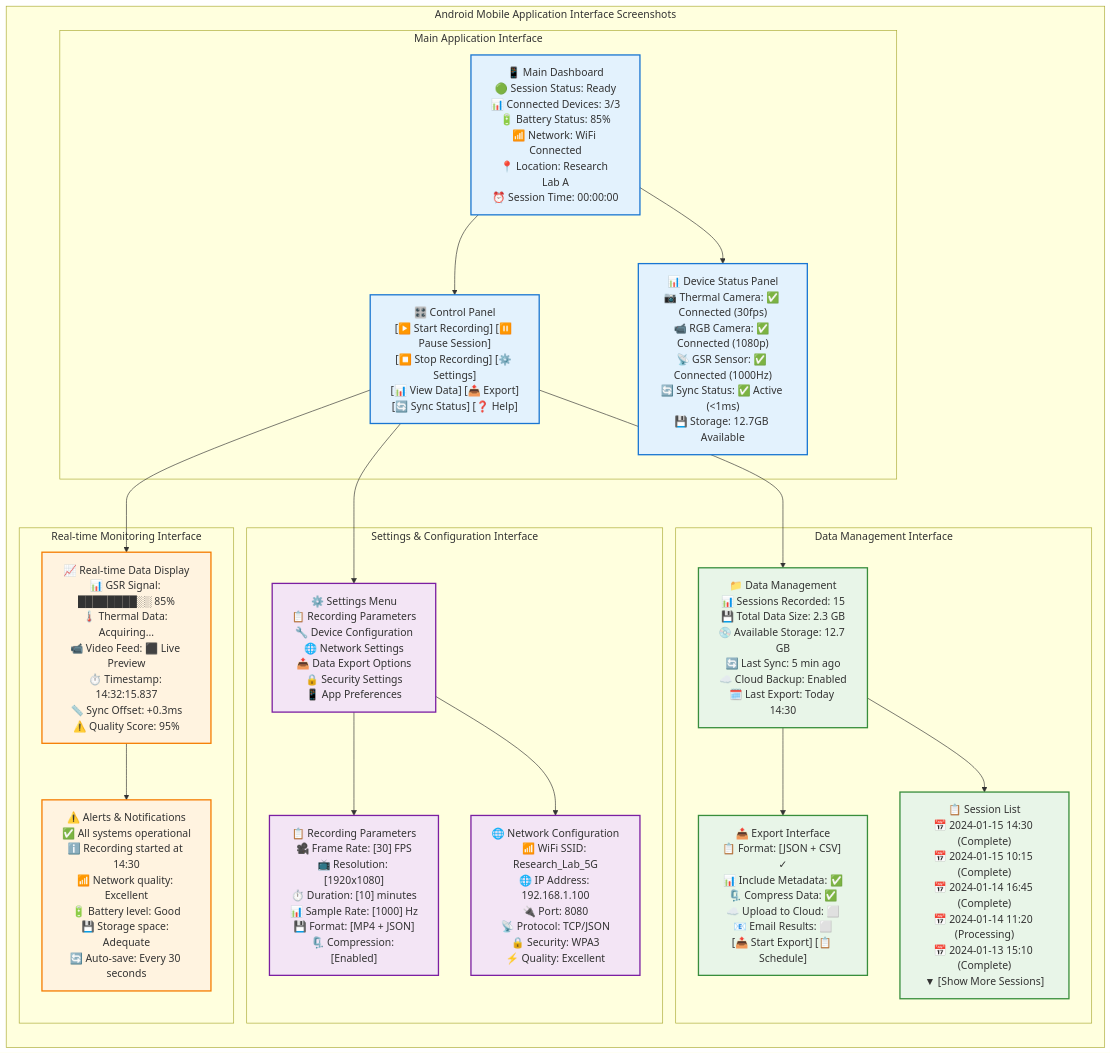
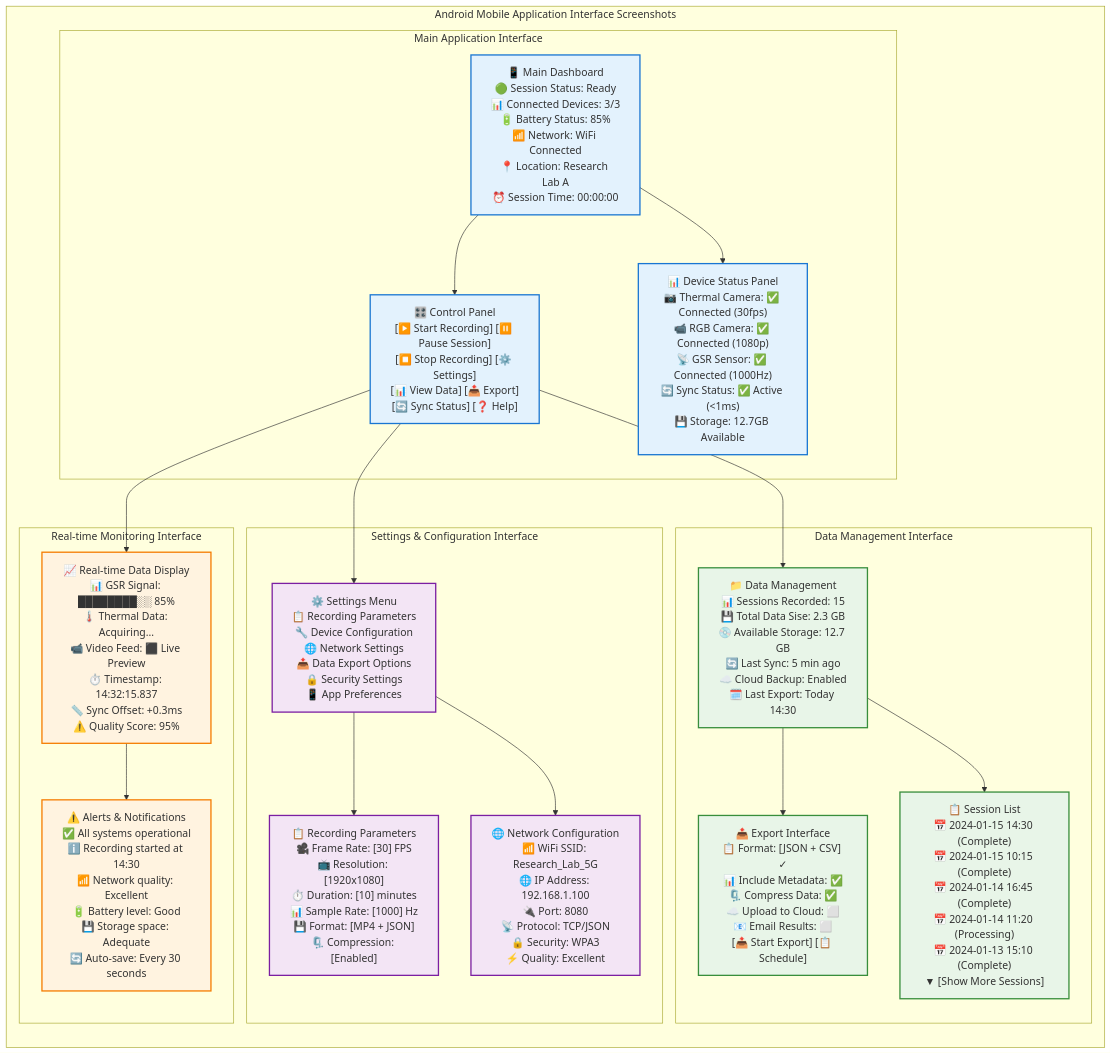
Diagram 19 of 19 in docs/diagrams/missing_diagrams_generated.md (buccancs/fyp-multi-sensor-recording-system), drawn with Mermaid before and after one commit. The commit also changed other lines of this file and 58 other files, not shown here.

````diff
--- a/docs/diagrams/missing_diagrams_generated.md
+++ b/docs/diagrams/missing_diagrams_generated.md
@@ -1244,60 +1244,60 @@
 ```mermaid
 graph TB
     subgraph ANDROID_APP_UI ["Android Mobile Application Interface Screenshots"]
         direction TB
         
         subgraph MAIN_INTERFACE ["Main Application Interface"]
             MAIN_DASHBOARD["📱 Main Dashboard<br/>🟢 Session Status: Ready<br/>📊 Connected Devices: 3/3<br/>🔋 Battery Status: 85%<br/>📶 Network: WiFi Connected<br/>📍 Location: Research Lab A<br/>⏰ Session Time: 00:00:00"]
             
             CONTROL_BUTTONS["🎛️ Control Panel<br/>[▶️ Start Recording] [⏸️ Pause Session]<br/>[⏹️ Stop Recording] [⚙️ Settings]<br/>[📊 View Data] [📤 Export]<br/>[🔄 Sync Status] [❓ Help]"]
             
             DEVICE_STATUS_PANEL["📊 Device Status Panel<br/>📷 Thermal Camera: ✅ Connected (30fps)<br/>📹 RGB Camera: ✅ Connected (1080p)<br/>📡 GSR Sensor: ✅ Connected (1000Hz)<br/>🔄 Sync Status: ✅ Active (<1ms)<br/>💾 Storage: 12.7GB Available"]
         end
         
         subgraph SETTINGS_INTERFACE ["Settings & Configuration Interface"]
             SETTINGS_MENU["⚙️ Settings Menu<br/>📋 Recording Parameters<br/>🔧 Device Configuration<br/>🌐 Network Settings<br/>📤 Data Export Options<br/>🔒 Security Settings<br/>📱 App Preferences"]
             
             RECORDING_PARAMS["📋 Recording Parameters<br/>🎥 Frame Rate: [30] FPS<br/>📺 Resolution: [1920x1080]<br/>⏱️ Duration: [10] minutes<br/>📊 Sample Rate: [1000] Hz<br/>💾 Format: [MP4 + JSON]<br/>🗜️ Compression: [Enabled]"]
             
             NETWORK_CONFIG["🌐 Network Configuration<br/>📶 WiFi SSID: Research_Lab_5G<br/>🌐 IP Address: 192.168.1.100<br/>🔌 Port: 8080<br/>📡 Protocol: TCP/JSON<br/>🔒 Security: WPA3<br/>⚡ Quality: Excellent"]
         end
         
         subgraph DATA_MANAGEMENT ["Data Management Interface"]
-            DATA_OVERVIEW["📁 Data Management<br/>📊 Sessions Recorded: 15<br/>💾 Total Data Size: 2.3 GB<br/>💿 Available Storage: 12.7 GB<br/>🔄 Last Sync: 5 min ago<br/>☁️ Cloud Backup: Enabled<br/>🗓️ Last Export: Today 14:30"]
+            DATA_OVERVIEW["📁 Data Management<br/>📊 Sessions Recorded: 15<br/>💾 Total Data Sise: 2.3 GB<br/>💿 Available Storage: 12.7 GB<br/>🔄 Last Sync: 5 min ago<br/>☁️ Cloud Backup: Enabled<br/>🗓️ Last Export: Today 14:30"]
             
             EXPORT_INTERFACE["📤 Export Interface<br/>📋 Format: [JSON + CSV] ✓<br/>📊 Include Metadata: ✅<br/>🗜️ Compress Data: ✅<br/>☁️ Upload to Cloud: ⬜<br/>📧 Email Results: ⬜<br/>[📤 Start Export] [📋 Schedule]"]
             
             SESSION_LIST["📋 Session List<br/>📅 2024-01-15 14:30 (Complete)<br/>📅 2024-01-15 10:15 (Complete)<br/>📅 2024-01-14 16:45 (Complete)<br/>📅 2024-01-14 11:20 (Processing)<br/>📅 2024-01-13 15:10 (Complete)<br/>▼ [Show More Sessions]"]
         end
         
         subgraph MONITORING_INTERFACE ["Real-time Monitoring Interface"]
             REALTIME_DISPLAY["📈 Real-time Data Display<br/>📊 GSR Signal: ████████░░ 85%<br/>🌡️ Thermal Data: Acquiring...<br/>📹 Video Feed: ⬛ Live Preview<br/>⏱️ Timestamp: 14:32:15.837<br/>📏 Sync Offset: +0.3ms<br/>⚠️ Quality Score: 95%"]
             
             ALERTS_PANEL["⚠️ Alerts & Notifications<br/>✅ All systems operational<br/>ℹ️ Recording started at 14:30<br/>📶 Network quality: Excellent<br/>🔋 Battery level: Good<br/>💾 Storage space: Adequate<br/>🔄 Auto-save: Every 30 seconds"]
         end
     end
     
     MAIN_DASHBOARD --> CONTROL_BUTTONS
     MAIN_DASHBOARD --> DEVICE_STATUS_PANEL
     CONTROL_BUTTONS --> SETTINGS_MENU
     CONTROL_BUTTONS --> DATA_OVERVIEW
     CONTROL_BUTTONS --> REALTIME_DISPLAY
     
     SETTINGS_MENU --> RECORDING_PARAMS
     SETTINGS_MENU --> NETWORK_CONFIG
     
     DATA_OVERVIEW --> EXPORT_INTERFACE
     DATA_OVERVIEW --> SESSION_LIST
     
     REALTIME_DISPLAY --> ALERTS_PANEL
     
     classDef main_ui fill:#e3f2fd,stroke:#1976d2,stroke-width:2px
     classDef settings_ui fill:#f3e5f5,stroke:#7b1fa2,stroke-width:2px
     classDef data_ui fill:#e8f5e8,stroke:#388e3c,stroke-width:2px
     classDef monitor_ui fill:#fff3e0,stroke:#f57c00,stroke-width:2px
     
     class MAIN_DASHBOARD,CONTROL_BUTTONS,DEVICE_STATUS_PANEL main_ui
     class SETTINGS_MENU,RECORDING_PARAMS,NETWORK_CONFIG settings_ui
     class DATA_OVERVIEW,EXPORT_INTERFACE,SESSION_LIST data_ui
     class REALTIME_DISPLAY,ALERTS_PANEL monitor_ui
 ```
````
